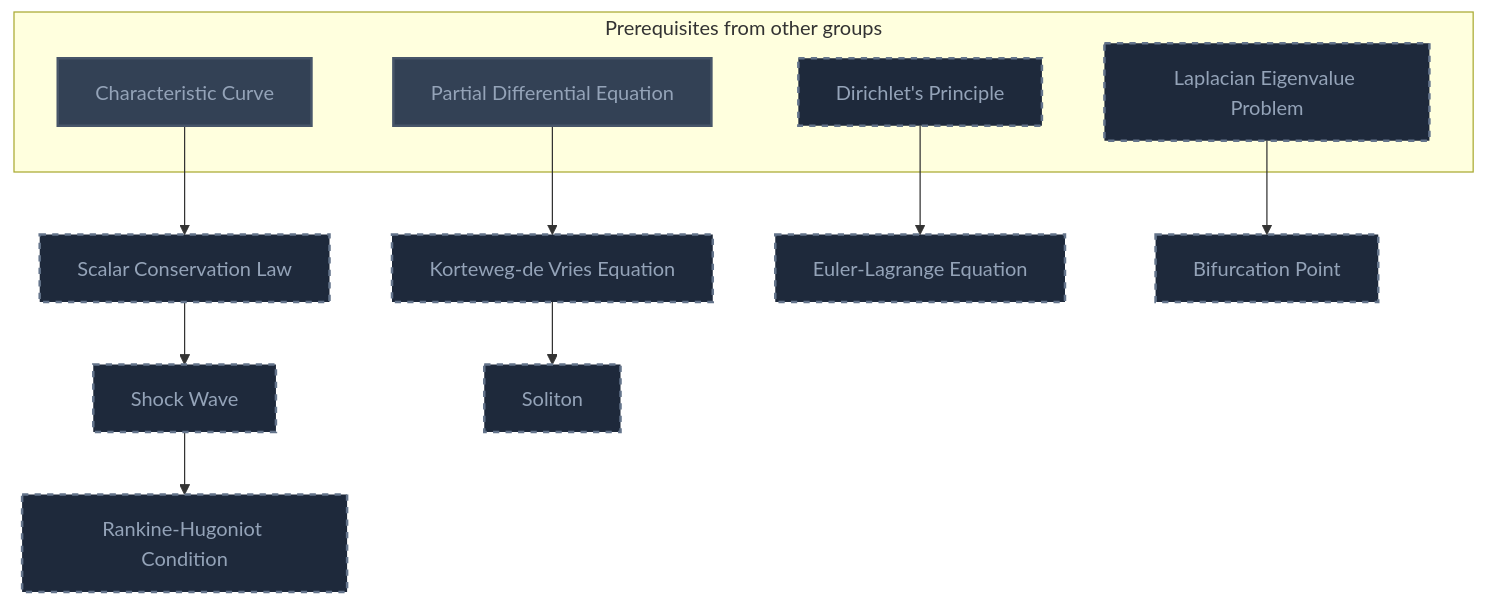
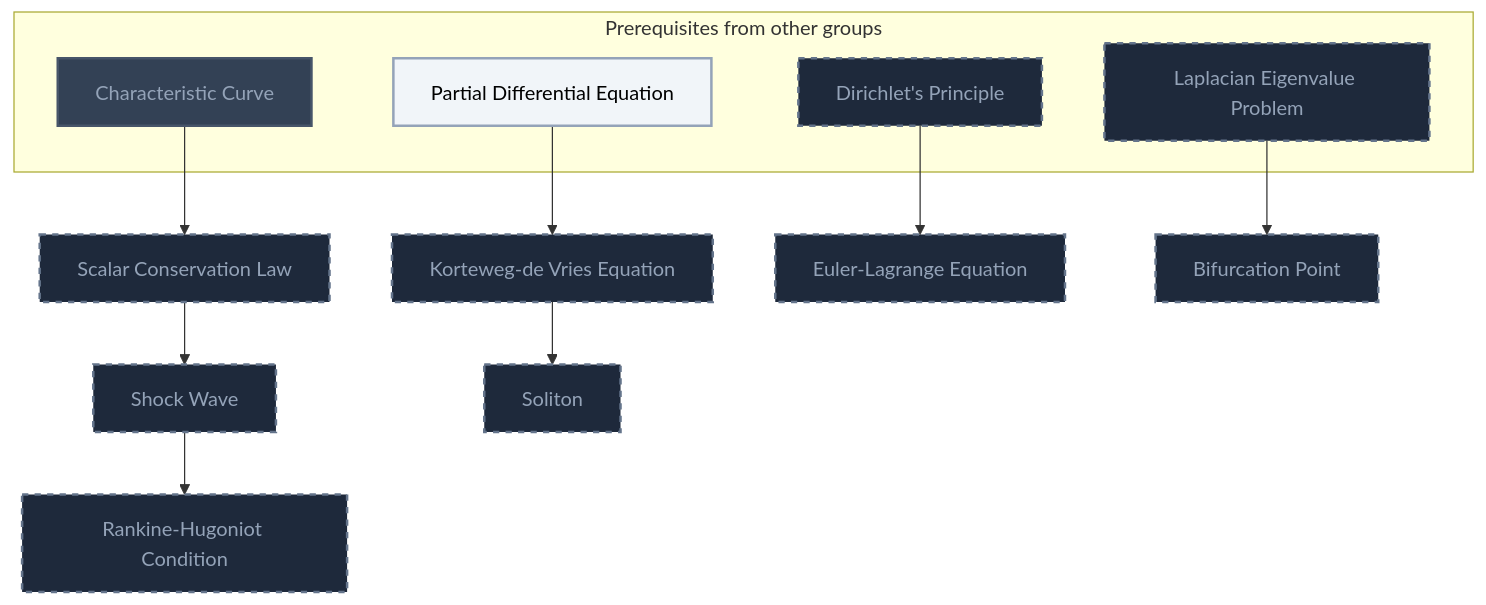
One commit to MRauf1/My-Notes changed diagram 14 of 25 in Gamification/Skill Trees/Partial Differential Equations.md. Above: the diagram before and after it, drawn with Mermaid. The commit also changed other lines of this file and 145 other files, not shown here.

````diff
--- a/Gamification/Skill Trees/Partial Differential Equations.md
+++ b/Gamification/Skill Trees/Partial Differential Equations.md
@@ -834,35 +852,36 @@
 ```mermaid
 flowchart TD
     classDef planned fill:#1E293B,stroke:#64748B,stroke-width:2px,stroke-dasharray:5 5,color:#94A3B8;
     classDef locked fill:#334155,stroke:#475569,stroke-width:2px,color:#94A3B8;
     classDef L0 fill:#F1F5F9,stroke:#94A3B8,stroke-width:2px,color:#000000;
     classDef L1 fill:#22C55E,stroke:#15803D,stroke-width:2px,color:#000000;
     classDef L2 fill:#3B82F6,stroke:#1D4ED8,stroke-width:3px,color:#FFFFFF;
     classDef L3 fill:#A855F7,stroke:#6B21A8,stroke-width:3px,color:#FFFFFF,font-weight:bold;
     classDef L4 fill:#F97316,stroke:#C2410C,stroke-width:4px,color:#000000,font-weight:bold;
     classDef L5 fill:#FFD700,stroke:#FF8C00,stroke-width:5px,color:#000000,font-weight:bold;
     classDef rusty stroke:#8B4513,stroke-width:4px,stroke-dasharray:3 3;
     subgraph sg_prereqs["Prerequisites from other groups"]
         n_characteristic_curve["Characteristic Curve"]
         n_partial_differential_equation["Partial Differential Equation"]
         n_dirichlet_s_principle["Dirichlet's Principle"]
         n_laplacian_eigenvalue_problem["Laplacian Eigenvalue Problem"]
     end
     n_scalar_conservation_law["Scalar Conservation Law"]
     n_shock_wave["Shock Wave"]
     n_rankine_hugoniot_condition["Rankine-Hugoniot Condition"]
     n_korteweg_de_vries_equation["Korteweg-de Vries Equation"]
     n_soliton["Soliton"]
     n_euler_lagrange_equation["Euler-Lagrange Equation"]
     n_bifurcation_point["Bifurcation Point"]
     n_characteristic_curve --> n_scalar_conservation_law
     n_scalar_conservation_law --> n_shock_wave
     n_shock_wave --> n_rankine_hugoniot_condition
     n_partial_differential_equation --> n_korteweg_de_vries_equation
     n_korteweg_de_vries_equation --> n_soliton
     n_dirichlet_s_principle --> n_euler_lagrange_equation
     n_laplacian_eigenvalue_problem --> n_bifurcation_point
     class n_dirichlet_s_principle,n_laplacian_eigenvalue_problem,n_scalar_conservation_law,n_shock_wave,n_rankine_hugoniot_condition,n_korteweg_de_vries_equation,n_soliton,n_euler_lagrange_equation,n_bifurcation_point planned;
-    class n_characteristic_curve,n_partial_differential_equation locked;
+    class n_characteristic_curve locked;
+    class n_partial_differential_equation L0;
     class n_characteristic_curve,n_partial_differential_equation internal-link;
 ```
````
